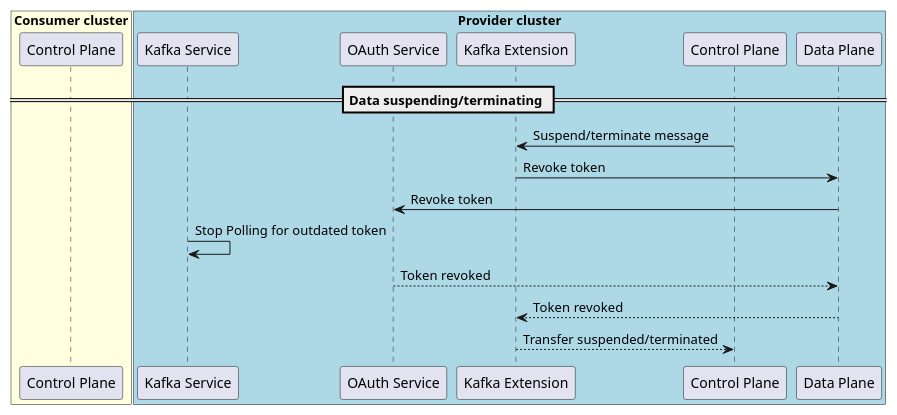
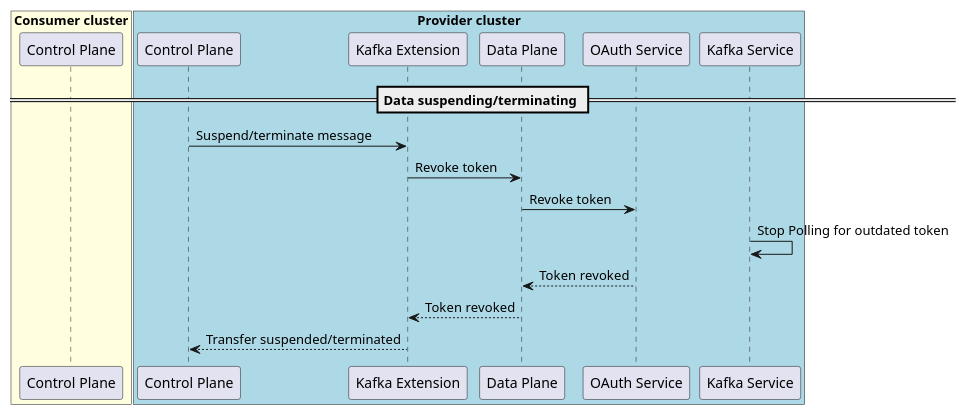
The diagram in concepts/MVP-kafka-pull/puml/Sequence diagram EDC Kafka Extension suspending-terminating.puml (eclipse-tractusx/tractusx-edc-kafka-extension), drawn with PlantUML before and after one commit. The commit also changed other lines of this file and 8 other files, not shown here.

Commit message:
docs: restructure PUML diagrams for more readability

```diff
--- a/concepts/MVP-kafka-pull/puml/Sequence diagram EDC Kafka Extension suspending-terminating.puml
+++ b/concepts/MVP-kafka-pull/puml/Sequence diagram EDC Kafka Extension suspending-terminating.puml
@@ -1,26 +1,26 @@
 @startuml
 /'
 SPDX-License-Identifier: CC-BY-4.0
 SPDX-FileCopyrightText: (c) 2025 Cofinity-X GmbH
 '/
 box "Consumer cluster" #LightYellow
     participant "Control Plane" as ConsumerCP
 end box
 
 box "Provider cluster" #LightBlue
+    participant "Control Plane"  as ProviderCP
+    participant "Kafka Extension" as ProviderKE
+    participant "Data Plane"  as ProviderDP
+    participant "OAuth Service" as OAuth2
     participant "Kafka Service" as Kafka
-    participant "OAuth Service" as OAuth2
-    participant "Kafka Extension" as ProviderKE
-    participant "Control Plane"  as ProviderCP
-    participant "Data Plane"  as ProviderDP
 end box
 
 == Data suspending/terminating ==
 ProviderCP -> ProviderKE : Suspend/terminate message
 ProviderKE -> ProviderDP : Revoke token
 ProviderDP -> OAuth2 : Revoke token
 Kafka -> Kafka : Stop Polling for outdated token
 ProviderDP <-- OAuth2 : Token revoked
 ProviderKE <-- ProviderDP : Token revoked
 ProviderCP <-- ProviderKE : Transfer suspended/terminated
 @enduml
```
